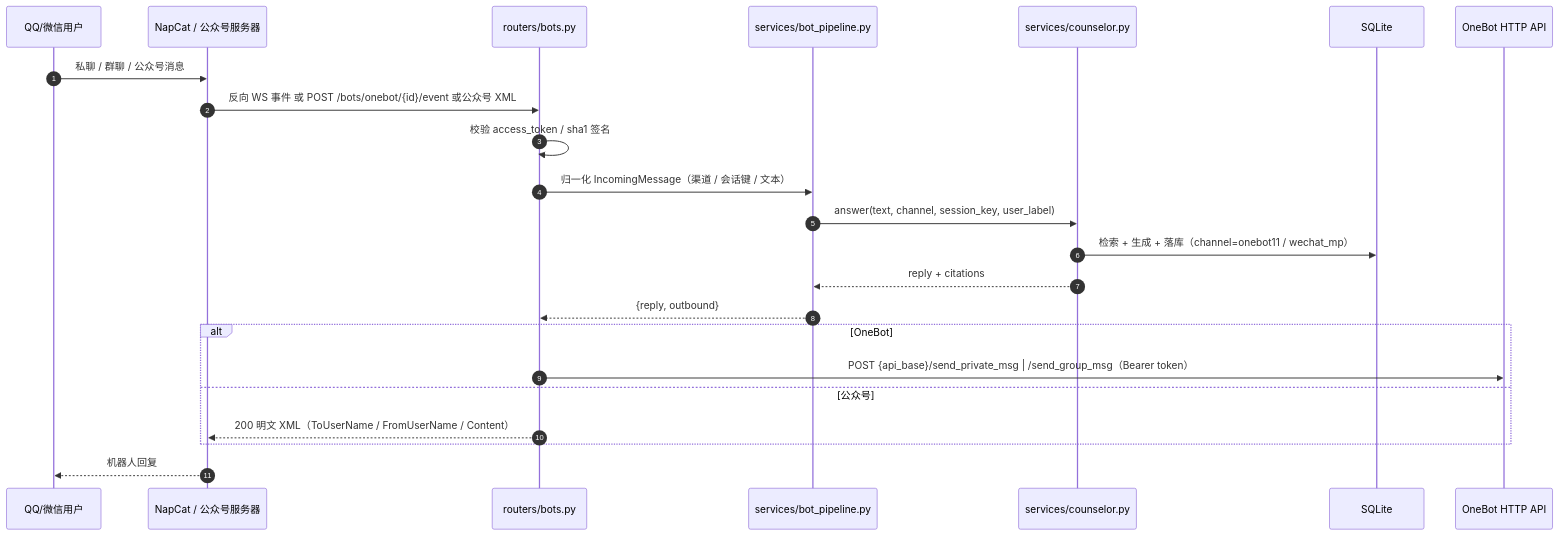
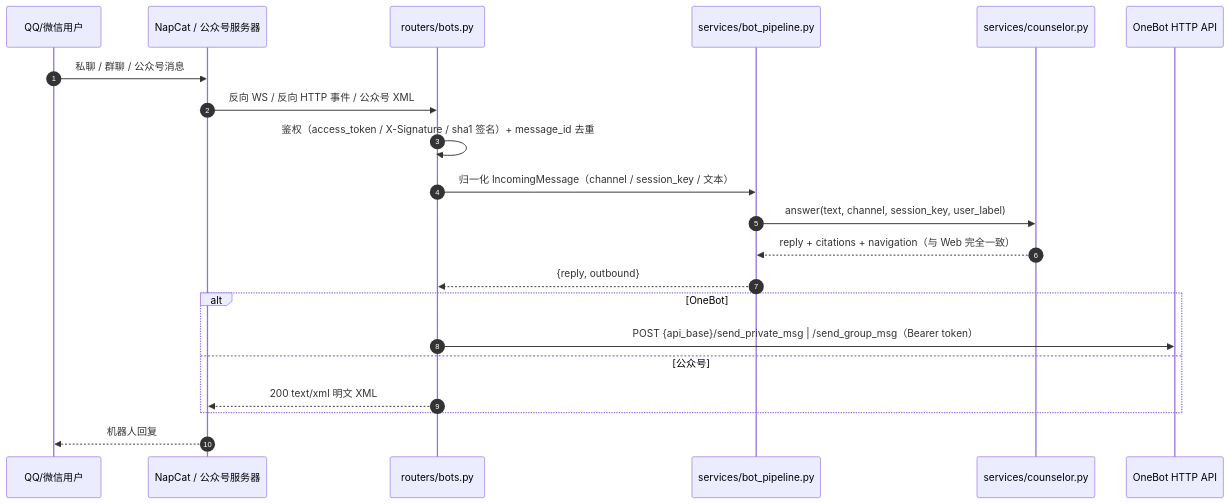
One commit to kaijiefeng/NPU-Assistant changed the fourth of 5 diagrams in docs/ARCHITECTURE.md. Above: the diagram before and after it, drawn with Mermaid. The commit also changed other lines of this file and 48 other files, not shown here.

````diff
--- a/docs/ARCHITECTURE.md
+++ b/docs/ARCHITECTURE.md
@@ -119,26 +187,24 @@
 ```mermaid
 sequenceDiagram
     autonumber
     participant Q as QQ/微信用户
     participant N as NapCat / 公众号服务器
     participant B as routers/bots.py
     participant P as services/bot_pipeline.py
-    participant C as services/counselor.py
-    participant D as SQLite
+    participant S as services/counselor.py
     participant A as OneBot HTTP API
 
     Q->>N: 私聊 / 群聊 / 公众号消息
-    N->>B: 反向 WS 事件 或 POST /bots/onebot/{id}/event 或公众号 XML
-    B->>B: 校验 access_token / sha1 签名
-    B->>P: 归一化 IncomingMessage（渠道 / 会话键 / 文本）
-    P->>C: answer(text, channel, session_key, user_label)
-    C->>D: 检索 + 生成 + 落库（channel=onebot11 / wechat_mp）
-    C-->>P: reply + citations
+    N->>B: 反向 WS / 反向 HTTP 事件 / 公众号 XML
+    B->>B: 鉴权（access_token / X-Signature / sha1 签名）+ message_id 去重
+    B->>P: 归一化 IncomingMessage（channel / session_key / 文本）
+    P->>S: answer(text, channel, session_key, user_label)
+    S-->>P: reply + citations + navigation（与 Web 完全一致）
     P-->>B: {reply, outbound}
     alt OneBot
         B->>A: POST {api_base}/send_private_msg | /send_group_msg（Bearer token）
     else 公众号
-        B-->>N: 200 明文 XML（ToUserName / FromUserName / Content）
+        B-->>N: 200 text/xml 明文 XML
     end
     N-->>Q: 机器人回复
 ```
````
